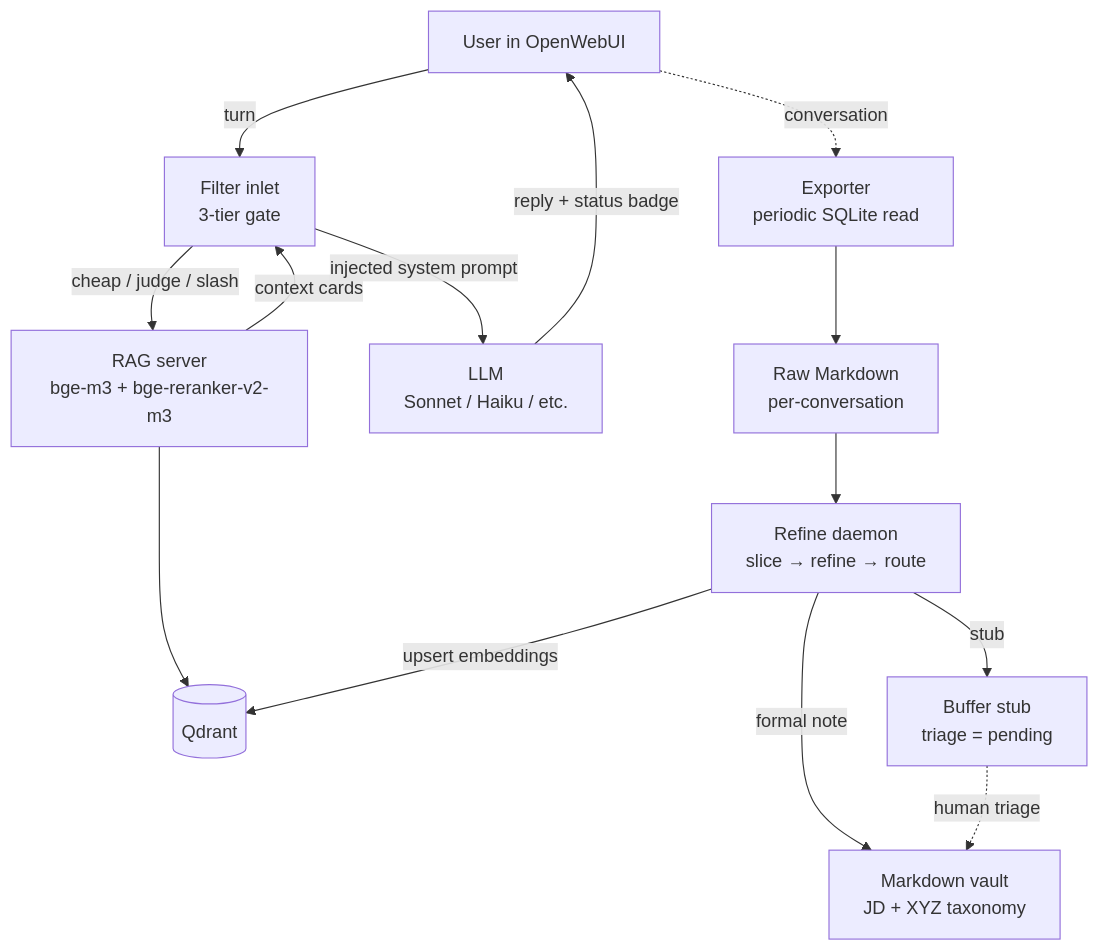
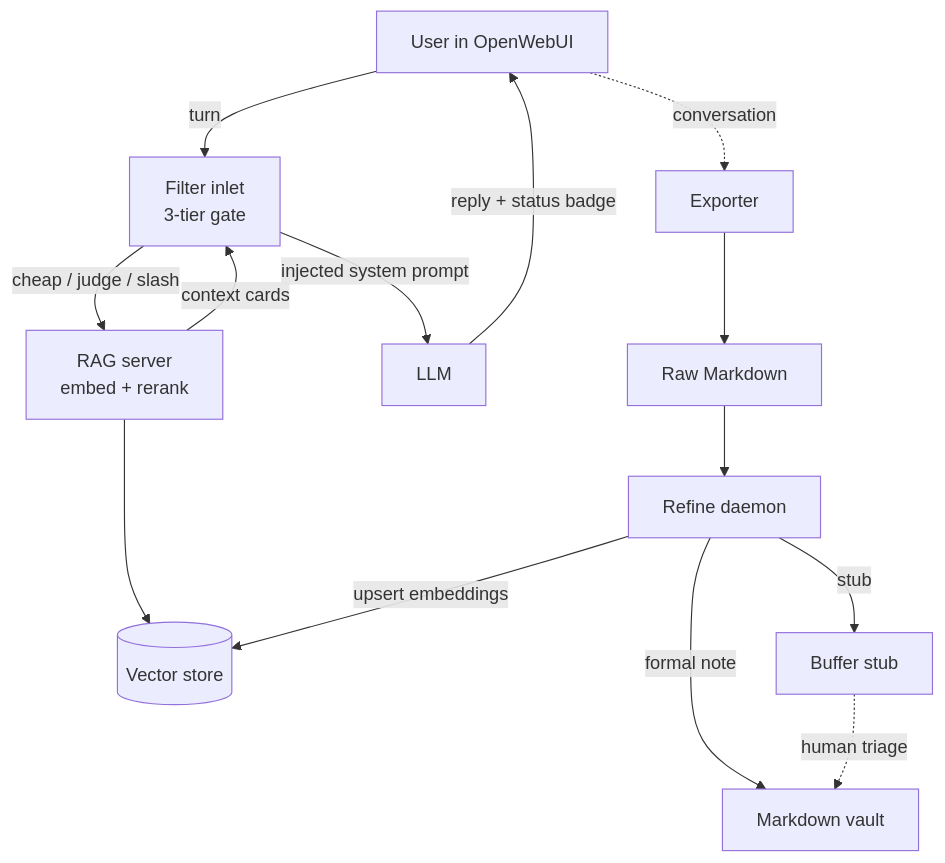
Before and after one commit to jprodcc-rodc/throughline: the diagram in README.md, drawn with Mermaid. The commit also changed other lines of this file and 3 other files, not shown here.

````diff
--- a/README.md
+++ b/README.md
@@ -220,28 +237,28 @@
 ```mermaid
 flowchart TD
     user[User in OpenWebUI]
     filter[Filter inlet<br/>3-tier gate]
-    rag[RAG server<br/>bge-m3 + bge-reranker-v2-m3]
-    qdrant[(Qdrant)]
-    llm[LLM<br/>Sonnet / Haiku / etc.]
-    exporter[Exporter<br/>periodic SQLite read]
-    raw[Raw Markdown<br/>per-conversation]
-    daemon[Refine daemon<br/>slice &rarr; refine &rarr; route]
-    vault[Markdown vault<br/>JD + XYZ taxonomy]
-    buffer[Buffer stub<br/>triage = pending]
+    rag[RAG server<br/>embed + rerank]
+    qdrant[(Vector store)]
+    llm[LLM]
+    exporter[Exporter]
+    raw[Raw Markdown]
+    daemon[Refine daemon]
+    vault[Markdown vault]
+    buffer[Buffer stub]
 
     user -->|turn| filter
     filter -->|cheap / judge / slash| rag
     rag --> qdrant
     rag -->|context cards| filter
     filter -->|injected system prompt| llm
     llm -->|reply + status badge| user
 
     user -. conversation .-> exporter
     exporter --> raw
     raw --> daemon
     daemon -->|formal note| vault
     daemon -->|stub| buffer
     daemon -->|upsert embeddings| qdrant
     buffer -. human triage .-> vault
 ```
````
